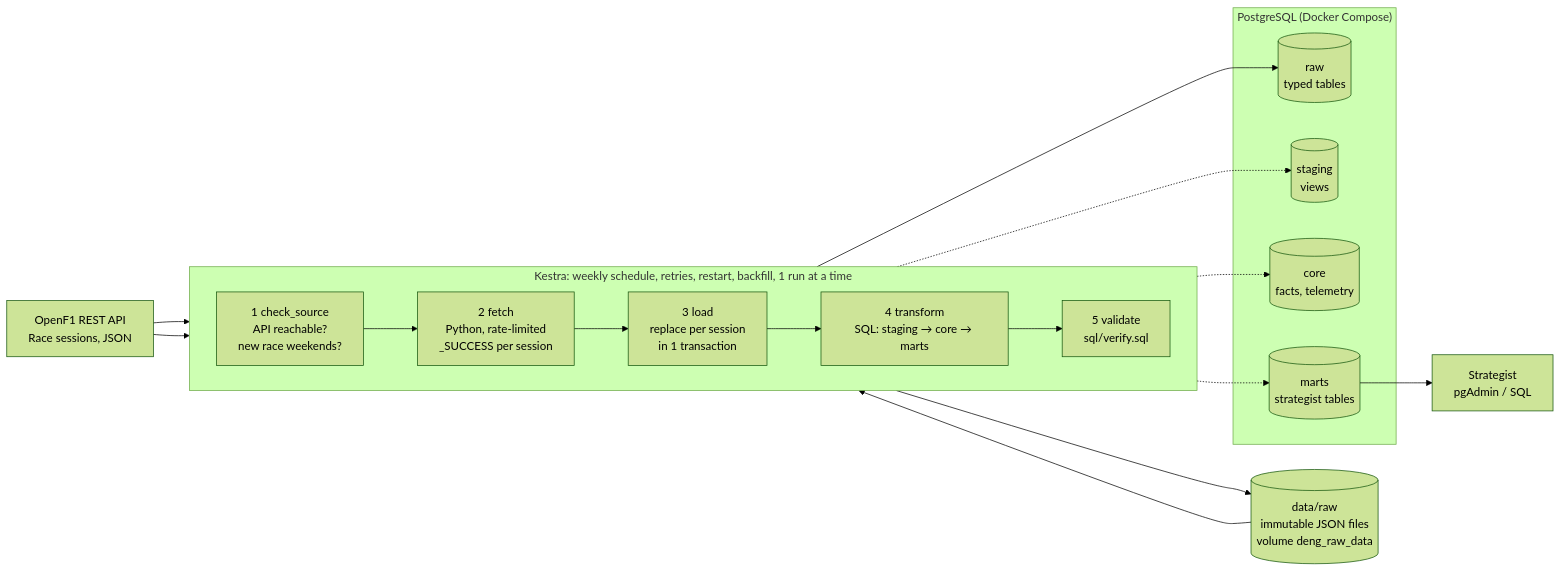
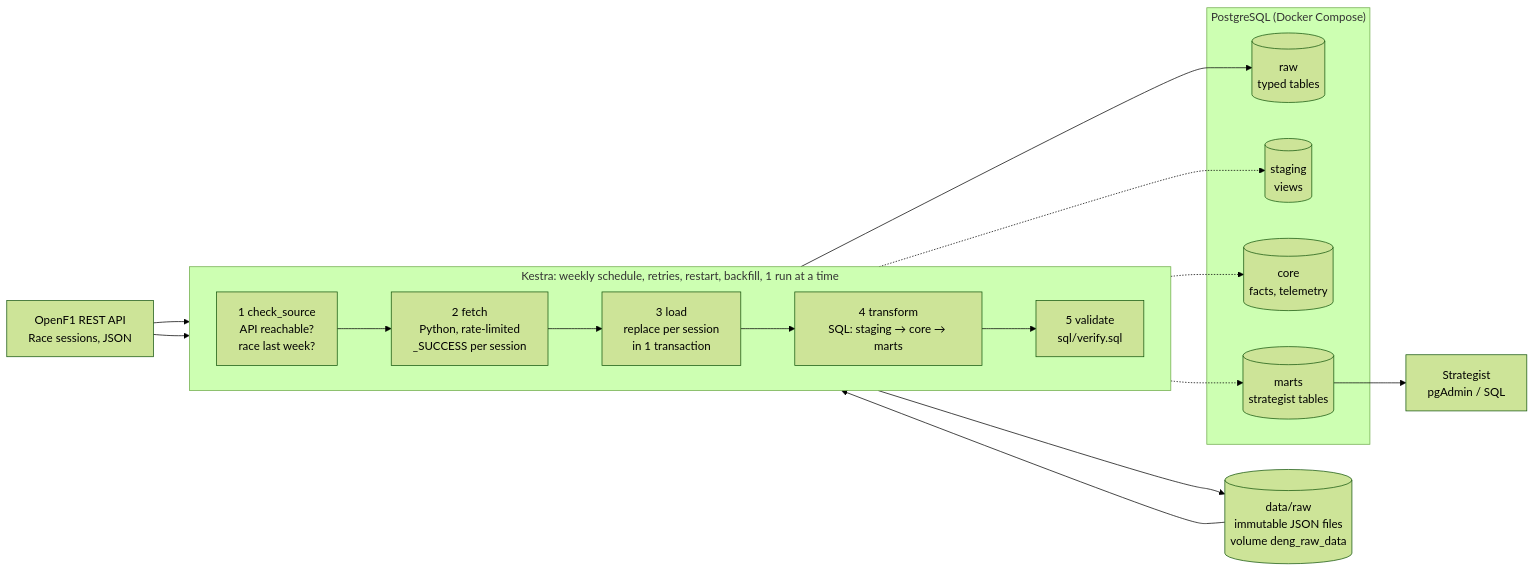
One commit to FloHoliday/DENG changed the diagram in README.md. Above: the diagram before and after it, drawn with Mermaid (forest theme). The commit also changed other lines of this file and 4 other files, not shown here.

````diff
--- a/README.md
+++ b/README.md
@@ -470,29 +471,29 @@
 ```mermaid
 flowchart LR
     source["OpenF1 REST API<br/>Race sessions, JSON"]
 
     subgraph kestra["Kestra: weekly schedule, retries, restart, backfill, 1 run at a time"]
         direction LR
-        check["1 check_source<br/>API reachable?<br/>new race weekends?"]
+        check["1 check_source<br/>API reachable?<br/>race last week?"]
         fetch["2 fetch<br/>Python, rate-limited<br/>_SUCCESS per session"]
         load["3 load<br/>replace per session<br/>in 1 transaction"]
         transform["4 transform<br/>SQL: staging → core → marts"]
         validate["5 validate<br/>sql/verify.sql"]
         check --> fetch --> load --> transform --> validate
     end
 
     raw[("data/raw<br/>immutable JSON files<br/>volume deng_raw_data")]
     subgraph pg["PostgreSQL (Docker Compose)"]
         rawdb[("raw<br/>typed tables")]
         staging[("staging<br/>views")]
         core[("core<br/>facts, telemetry")]
         marts[("marts<br/>strategist tables")]
     end
     user["Strategist<br/>pgAdmin / SQL"]
 
     source --> check
     source --> fetch
     fetch --> raw --> load --> rawdb
     transform -.-> staging & core & marts
     marts --> user
 ```
````
